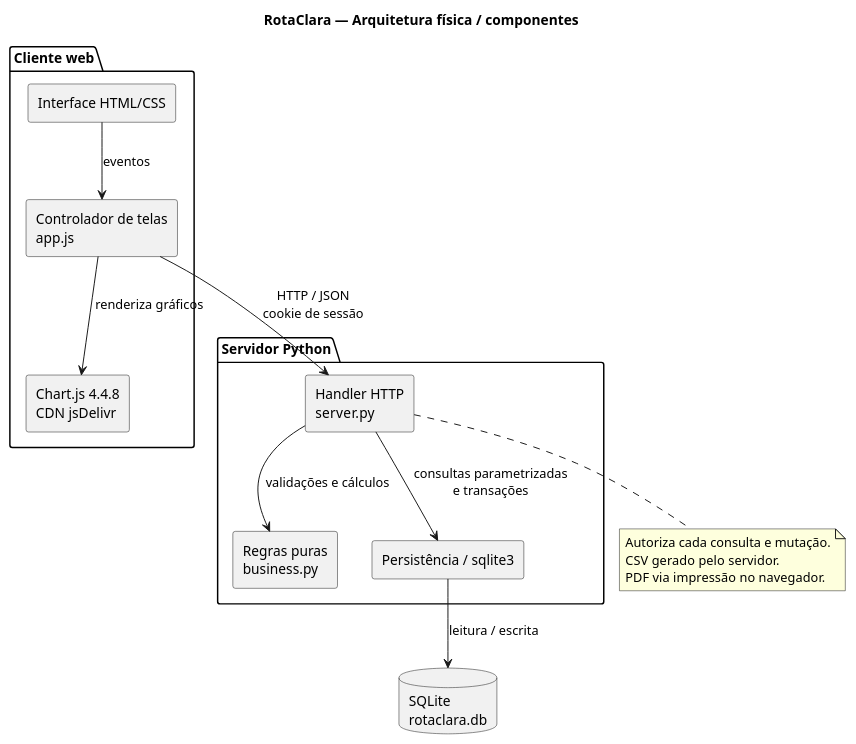
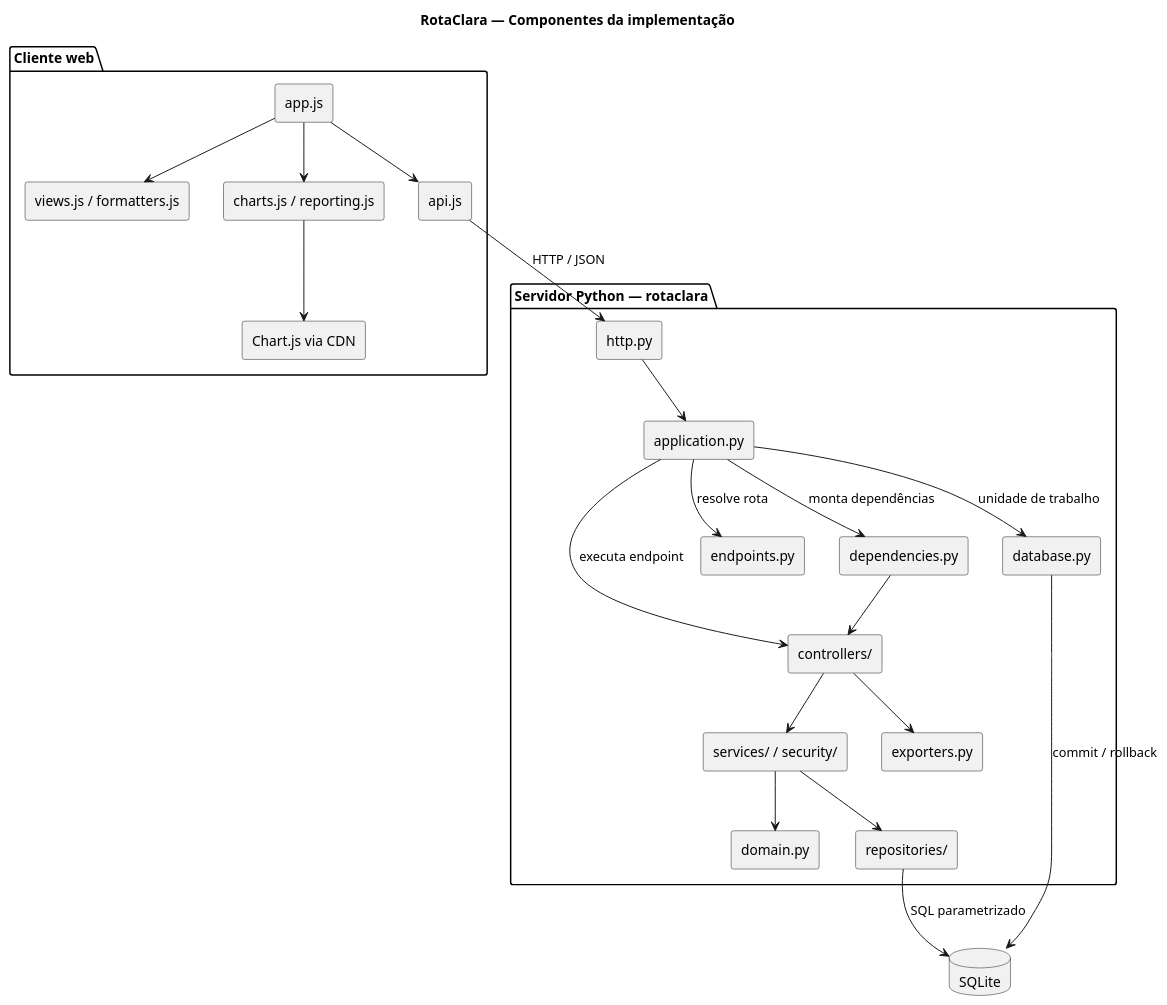
The diagram in docs/diagramas/componentes.puml (heitor582/rotaclara), drawn with PlantUML before and after one commit. The commit also changed 62 other files, not shown here.

```diff
--- a/docs/diagramas/componentes.puml
+++ b/docs/diagramas/componentes.puml
@@ -1,26 +1,41 @@
 @startuml
 skinparam componentStyle rectangle
-title RotaClara — Arquitetura física / componentes
+title RotaClara — Componentes da implementação
 package "Cliente web" {
- [Interface HTML/CSS] as UI
- [Controlador de telas\napp.js] as JS
- [Chart.js 4.4.8\nCDN jsDelivr] as CH
+ [app.js] as Controller
+ [views.js / formatters.js] as Views
+ [api.js] as Client
+ [charts.js / reporting.js] as Charts
+ [Chart.js via CDN] as CDN
 }
-package "Servidor Python" {
- [Handler HTTP\nserver.py] as H
- [Regras puras\nbusiness.py] as B
- [Persistência / sqlite3] as SQL
+package "Servidor Python — rotaclara" {
+ [http.py] as HTTP
+ [application.py] as App
+ [controllers/] as Controllers
+ [endpoints.py] as Endpoints
+ [dependencies.py] as Dependencies
+ [services/ / security/] as Services
+ [domain.py] as Domain
+ [repositories/] as Repositories
+ [database.py] as Transactions
+ [exporters.py] as CSV
 }
-database "SQLite\nrotaclara.db" as DB
-UI --> JS : eventos
-JS --> CH : renderiza gráficos
-JS --> H : HTTP / JSON\ncookie de sessão
-H --> B : validações e cálculos
-H --> SQL : consultas parametrizadas\ne transações
-SQL --> DB : leitura / escrita
-note bottom of H
-  Autoriza cada consulta e mutação.
-  CSV gerado pelo servidor.
-  PDF via impressão no navegador.
-end note
+database SQLite as DB
+Controller --> Views
+Controller --> Charts
+Charts --> CDN
+Controller --> Client
+Client --> HTTP : HTTP / JSON
+HTTP --> App
+App --> Endpoints : resolve rota
+App --> Dependencies : monta dependências
+Dependencies --> Controllers
+App --> Controllers : executa endpoint
+Controllers --> Services
+App --> Transactions : unidade de trabalho
+Controllers --> CSV
+Services --> Domain
+Services --> Repositories
+Repositories --> DB : SQL parametrizado
+Transactions --> DB : commit / rollback
 @enduml
```
